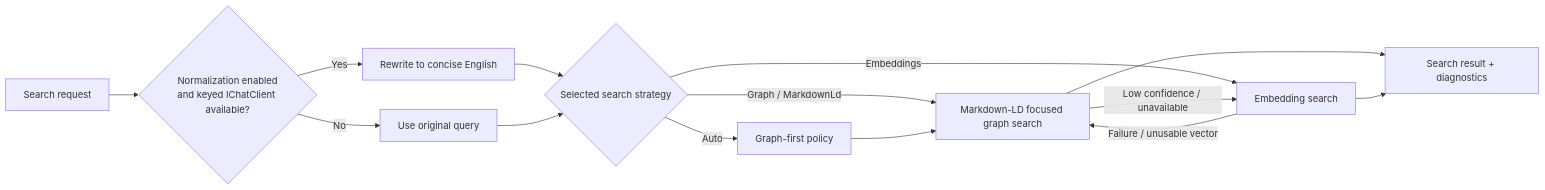
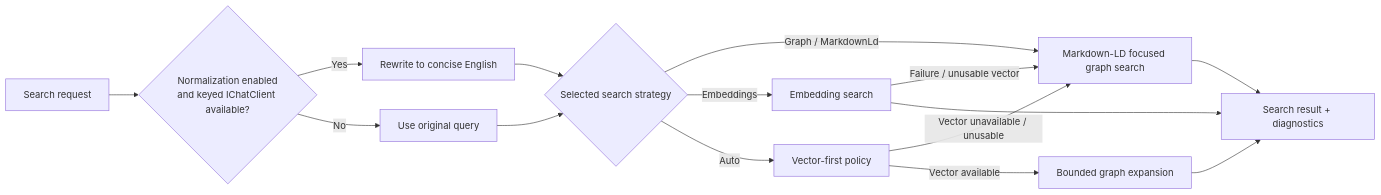
Before and after one commit to managedcode/MCPGateway: the diagram in docs/ADR/ADR-0002-search-ranking-and-query-normalization.md, drawn with Mermaid. The commit also changed other lines of this file and 26 other files, not shown here.

````diff
--- a/docs/ADR/ADR-0002-search-ranking-and-query-normalization.md
+++ b/docs/ADR/ADR-0002-search-ranking-and-query-normalization.md
@@ -29,16 +29,17 @@
 ```mermaid
 flowchart LR
     Request["Search request"] --> Normalize{"Normalization enabled\nand keyed IChatClient available?"}
     Normalize -->|Yes| Rewrite["Rewrite to concise English"]
     Normalize -->|No| Raw["Use original query"]
     Rewrite --> Strategy{"Selected search strategy"}
     Raw --> Strategy
     Strategy -->|Graph / MarkdownLd| Graph["Markdown-LD focused graph search"]
     Strategy -->|Embeddings| Vector["Embedding search"]
-    Strategy -->|Auto| Policy["Graph-first policy"]
+    Strategy -->|Auto| Policy["Vector-first policy"]
     Vector -->|Failure / unusable vector| Graph
-    Policy --> Graph
-    Graph -->|Low confidence / unavailable| Vector
+    Policy -->|Vector unavailable / unusable| Graph
+    Policy -->|Vector available| AutoGraph["Bounded graph expansion"]
     Graph --> Result["Search result + diagnostics"]
+    AutoGraph --> Result
     Vector --> Result
 ```
````
